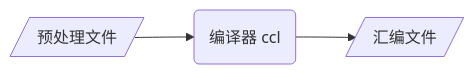
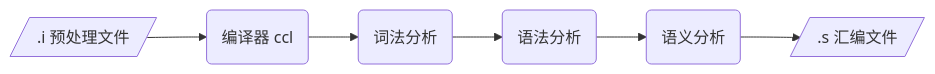
One commit to dmjcb/dmjcb.github.io changed the third of 7 diagrams in _posts/c_c++/compile/2021-06-15-编译过程.md. Above: the diagram before and after it, drawn with Mermaid. The commit also changed other lines of this file and 6 other files, not shown here.

````diff
--- a/_posts/c_c++/compile/2021-06-15-编译过程.md
+++ b/_posts/c_c++/compile/2021-06-15-编译过程.md
@@ -79,4 +93,4 @@
 ```mermaid
 graph LR;
-    A[/预处理文件/]-->C(编译器 ccl)-->S[/汇编文件/]
+    A[/.i 预处理文件/]-->B(编译器 ccl)-->C(词法分析)-->D(语法分析)-->E(语义分析)-->S[/.s 汇编文件/]
 ```
````
